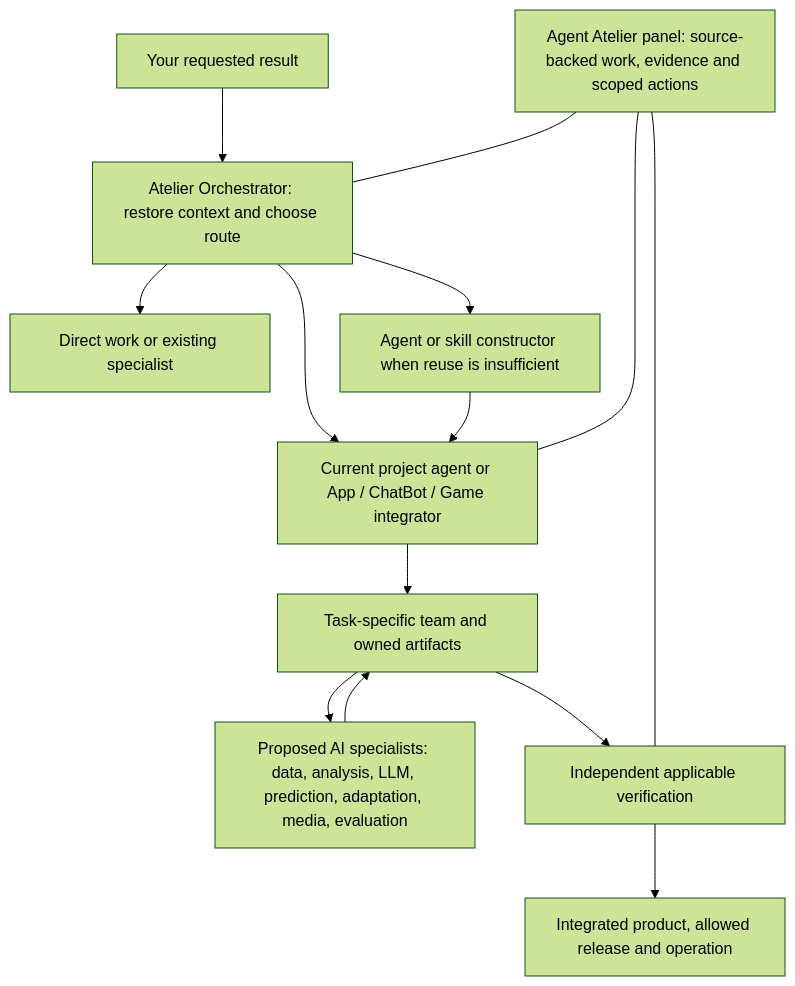
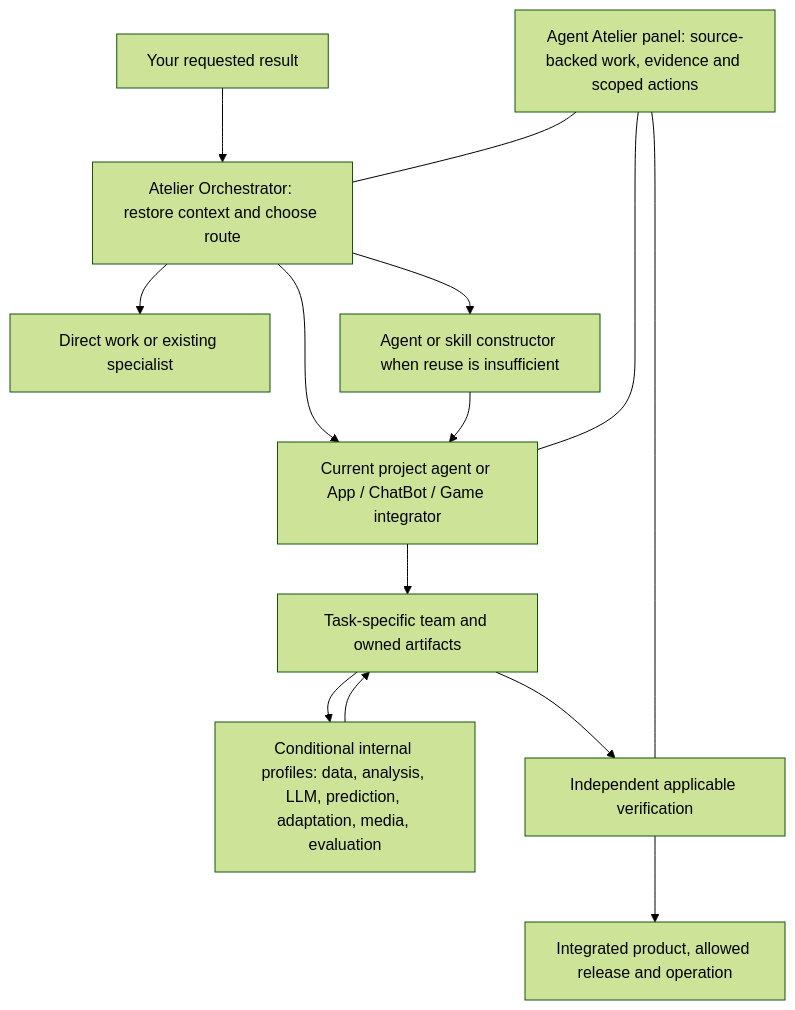
One commit to alex-hohaizel/codex-agents changed the diagram in docs/evolution/2026-11-10/README.md. Above: the diagram before and after it, drawn with Mermaid (forest theme). The commit also changed other lines of this file and 40 other files, not shown here.

````diff
--- a/docs/evolution/2026-11-10/README.md
+++ b/docs/evolution/2026-11-10/README.md
@@ -28,16 +29,16 @@
 ```mermaid
 flowchart TD
   U[Your requested result] --> O[Atelier Orchestrator: restore context and choose route]
   O --> D[Direct work or existing specialist]
   O --> P[Current project agent or App / ChatBot / Game integrator]
   O --> F[Agent or skill constructor when reuse is insufficient]
   F --> P
   P --> T[Task-specific team and owned artifacts]
-  T --> A[Proposed AI specialists: data, analysis, LLM, prediction, adaptation, media, evaluation]
+  T --> A[Conditional internal profiles: data, analysis, LLM, prediction, adaptation, media, evaluation]
   A --> T
   T --> Q[Independent applicable verification]
   Q --> R[Integrated product, allowed release and operation]
   B[Agent Atelier panel: source-backed work, evidence and scoped actions] --- O
   B --- P
   B --- Q
 ```
````
